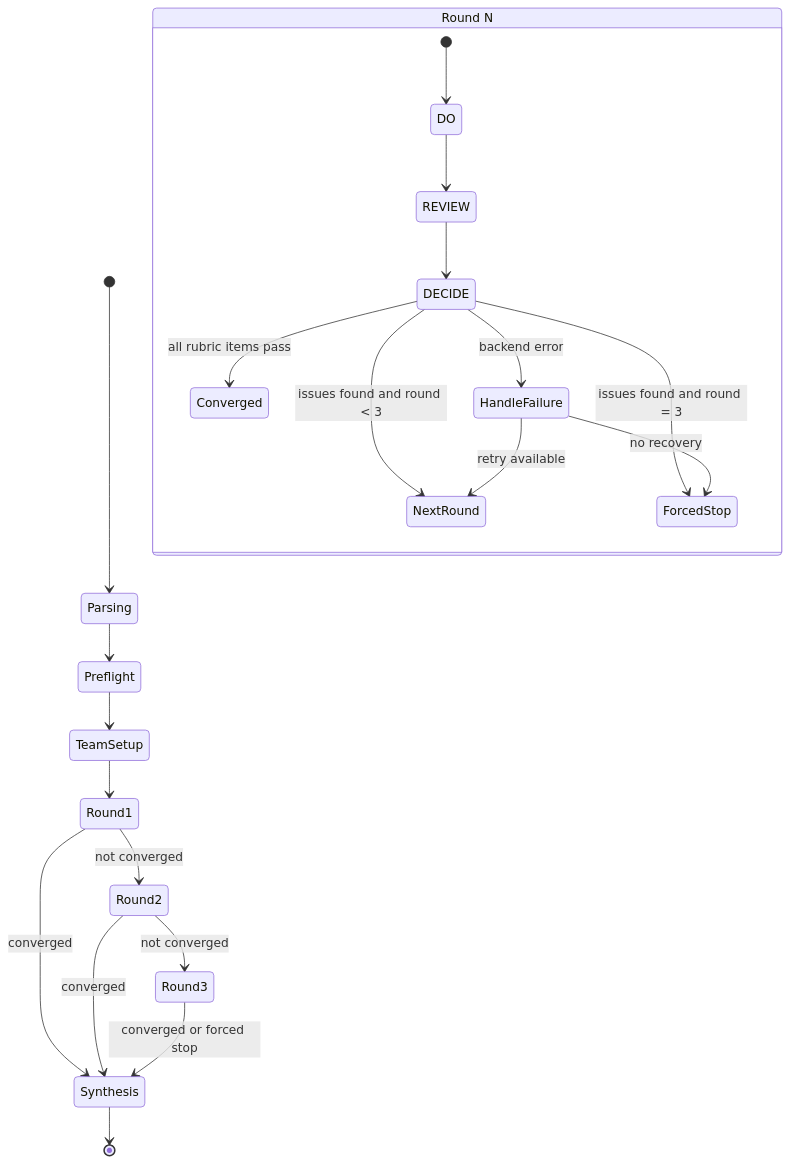
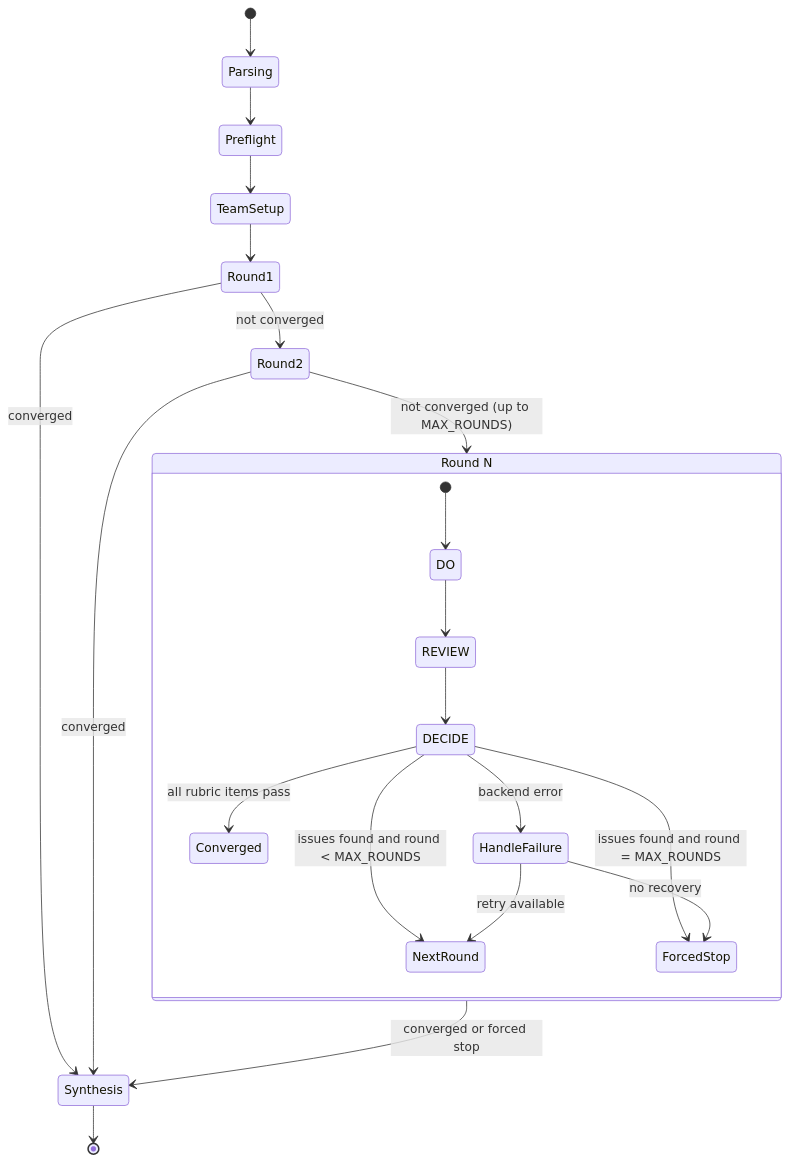
The second of 4 diagrams in architecture/03-phone-a-team-loop.md (freibergergarcia/phone-a-friend), drawn with Mermaid before and after one commit. The commit also changed other lines of this file and 4 other files, not shown here.

````diff
--- a/architecture/03-phone-a-team-loop.md
+++ b/architecture/03-phone-a-team-loop.md
@@ -48,27 +48,27 @@
 ```mermaid
 stateDiagram-v2
   [*] --> Parsing
   Parsing --> Preflight
   Preflight --> TeamSetup
   TeamSetup --> Round1
 
   state "Round N" as RoundN {
     [*] --> DO
     DO --> REVIEW
     REVIEW --> DECIDE
     DECIDE --> Converged: all rubric items pass
-    DECIDE --> NextRound: issues found and round < 3
-    DECIDE --> ForcedStop: issues found and round = 3
+    DECIDE --> NextRound: issues found and round < MAX_ROUNDS
+    DECIDE --> ForcedStop: issues found and round = MAX_ROUNDS
     DECIDE --> HandleFailure: backend error
     HandleFailure --> NextRound: retry available
     HandleFailure --> ForcedStop: no recovery
   }
 
   Round1 --> Round2: not converged
-  Round2 --> Round3: not converged
+  Round2 --> RoundN: not converged (up to MAX_ROUNDS)
   Round1 --> Synthesis: converged
   Round2 --> Synthesis: converged
-  Round3 --> Synthesis: converged or forced stop
+  RoundN --> Synthesis: converged or forced stop
 
   Synthesis --> [*]
 ```
````
